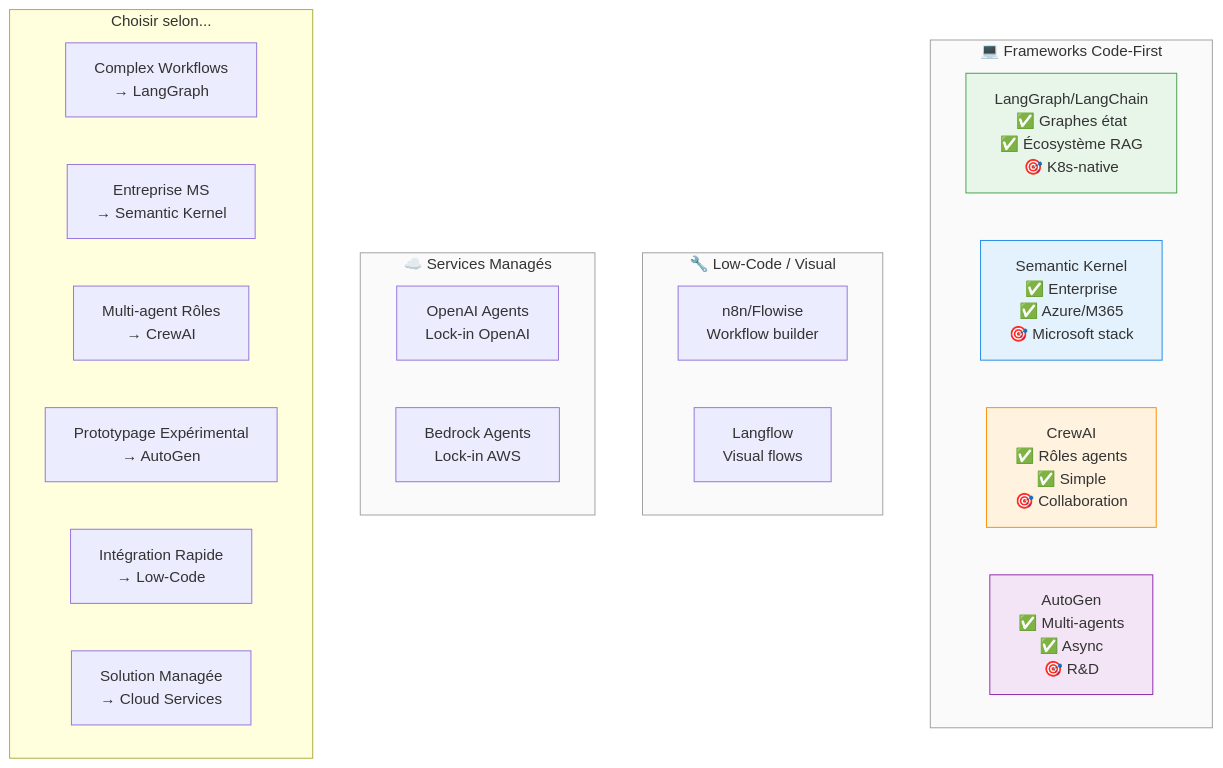
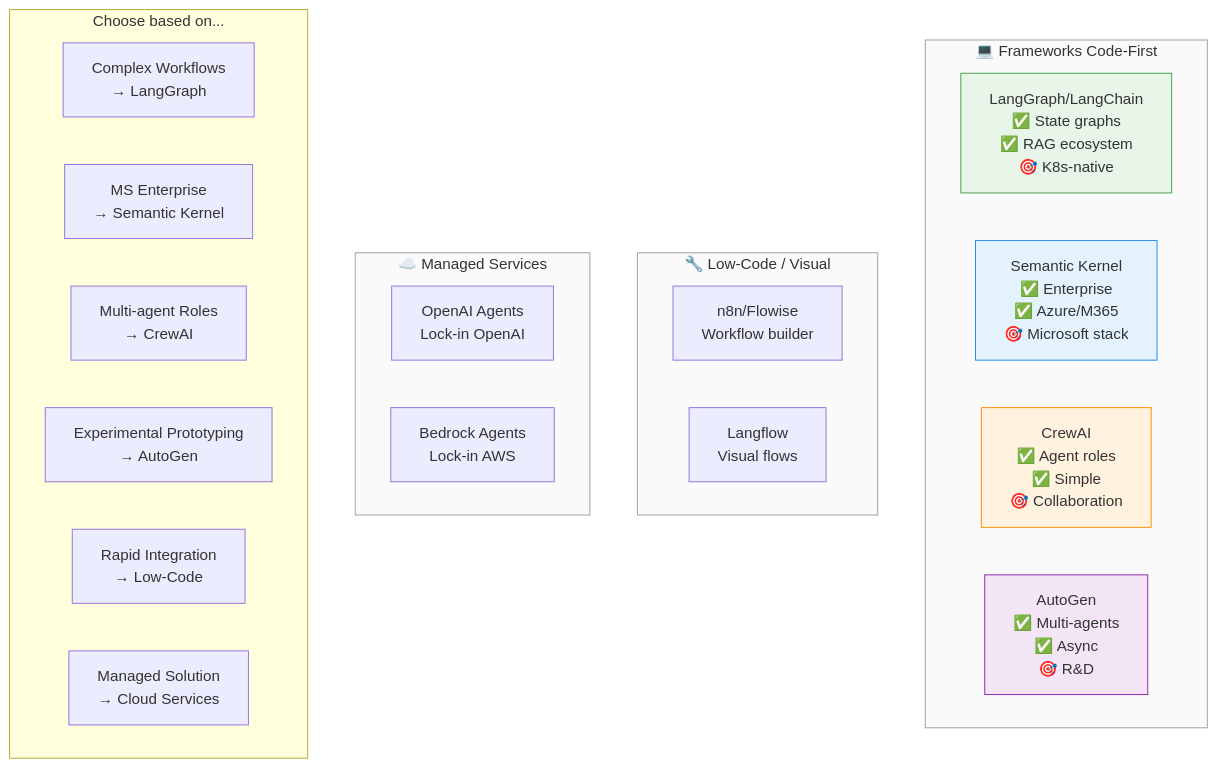
One commit to brunseba/ai-tech-watch changed the diagram in docs/architecture/agent-frameworks-comparison.md. Above: the diagram before and after it, drawn with Mermaid. The commit also changed other lines of this file and 2 other files, not shown here.

Commit message:
docs: begin translation of French content to English (architecture files)
- Translate agentic-components-model.md component labels and flow descriptions
- Translate agent-frameworks-comparison.md title and diagram labels
- Convert all French Mermaid diagram text to English

Work in progress: continuing with remaining files

````diff
--- a/docs/architecture/agent-frameworks-comparison.md
+++ b/docs/architecture/agent-frameworks-comparison.md
@@ -8,36 +8,36 @@
 ```mermaid
 graph TB
     subgraph CodeFirst[" 💻 Frameworks Code-First"]
-        LG[LangGraph/LangChain<br/>✅ Graphes état<br/>✅ Écosystème RAG<br/>🎯 K8s-native]
+        LG[LangGraph/LangChain<br/>✅ State graphs<br/>✅ RAG ecosystem<br/>🎯 K8s-native]
         SK[Semantic Kernel<br/>✅ Enterprise<br/>✅ Azure/M365<br/>🎯 Microsoft stack]
-        CA[CrewAI<br/>✅ Rôles agents<br/>✅ Simple<br/>🎯 Collaboration]
+        CA[CrewAI<br/>✅ Agent roles<br/>✅ Simple<br/>🎯 Collaboration]
         AG[AutoGen<br/>✅ Multi-agents<br/>✅ Async<br/>🎯 R&D]
     end
     
     subgraph LowCode["🔧 Low-Code / Visual"]
         N8N[n8n/Flowise<br/>Workflow builder]
         LF[Langflow<br/>Visual flows]
     end
     
-    subgraph Managed["☁️ Services Managés"]
+    subgraph Managed["☁️ Managed Services"]
         OAI[OpenAI Agents<br/>Lock-in OpenAI]
         BED[Bedrock Agents<br/>Lock-in AWS]
     end
     
-    subgraph UseCase["Choisir selon..."]
+    subgraph UseCase["Choose based on..."]
         U1[Complex Workflows<br/>→ LangGraph]
-        U2[Entreprise MS<br/>→ Semantic Kernel]
-        U3[Multi-agent Rôles<br/>→ CrewAI]
-        U4[Prototypage Expérimental<br/>→ AutoGen]
-        U5[Intégration Rapide<br/>→ Low-Code]
-        U6[Solution Managée<br/>→ Cloud Services]
+        U2[MS Enterprise<br/>→ Semantic Kernel]
+        U3[Multi-agent Roles<br/>→ CrewAI]
+        U4[Experimental Prototyping<br/>→ AutoGen]
+        U5[Rapid Integration<br/>→ Low-Code]
+        U6[Managed Solution<br/>→ Cloud Services]
     end
     
     style LG fill:#e8f5e9,stroke:#43a047
     style SK fill:#e3f2fd,stroke:#1e88e5
     style CA fill:#fff3e0,stroke:#fb8c00
     style AG fill:#f3e5f5,stroke:#8e24aa
     style CodeFirst fill:#fafafa,stroke:#9e9e9e
     style LowCode fill:#fafafa,stroke:#9e9e9e
     style Managed fill:#fafafa,stroke:#9e9e9e
 ```
````
